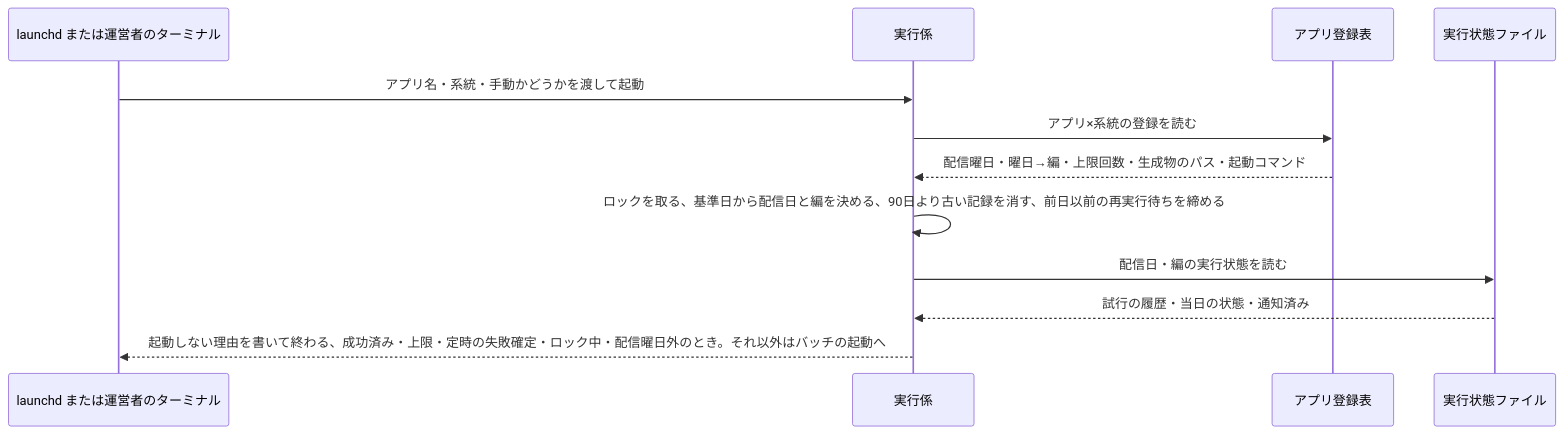
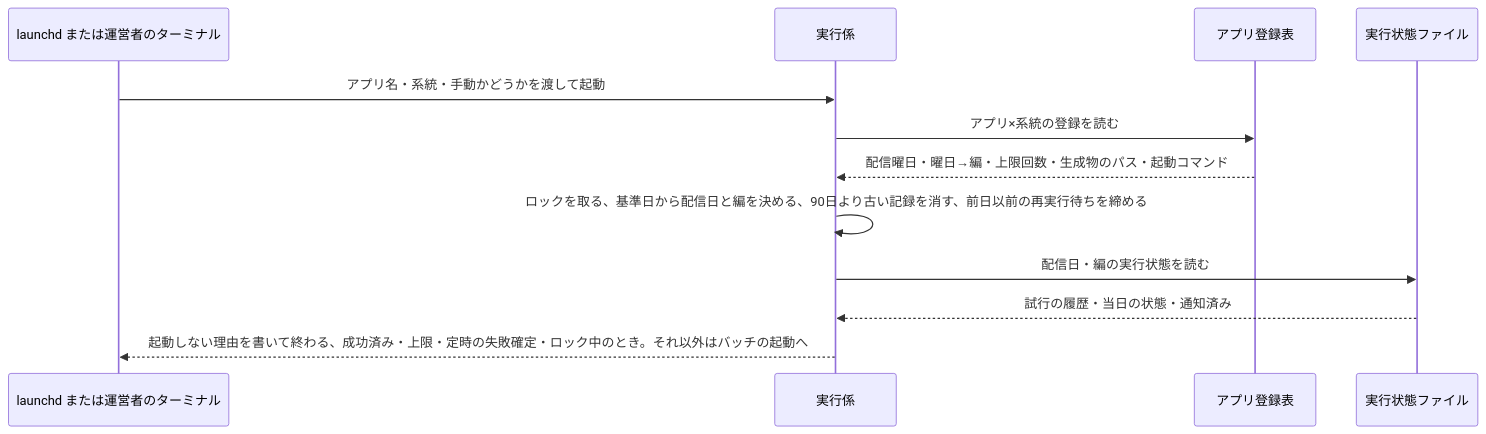
One commit to dnode-ryosuke-yamazaki/study changed the first of 6 diagrams in apps/digest-platform/specs/batch-runner/design.md. Above: the diagram before and after it, drawn with Mermaid. The commit also changed other lines of this file and 6 other files, not shown here.

````diff
--- a/apps/digest-platform/specs/batch-runner/design.md
+++ b/apps/digest-platform/specs/batch-runner/design.md
@@ -60,14 +60,14 @@
 ```mermaid
 sequenceDiagram
     participant L as launchd または運営者のターミナル
     participant R as 実行係
     participant A as アプリ登録表
     participant S as 実行状態ファイル
     L->>R: アプリ名・系統・手動かどうかを渡して起動
     R->>A: アプリ×系統の登録を読む
     A-->>R: 配信曜日・曜日→編・上限回数・生成物のパス・起動コマンド
     R->>R: ロックを取る、基準日から配信日と編を決める、90日より古い記録を消す、前日以前の再実行待ちを締める
     R->>S: 配信日・編の実行状態を読む
     S-->>R: 試行の履歴・当日の状態・通知済み
-    R-->>L: 起動しない理由を書いて終わる、成功済み・上限・定時の失敗確定・ロック中・配信曜日外のとき。それ以外はバッチの起動へ
+    R-->>L: 起動しない理由を書いて終わる、成功済み・上限・定時の失敗確定・ロック中のとき。それ以外はバッチの起動へ
 ```
````
